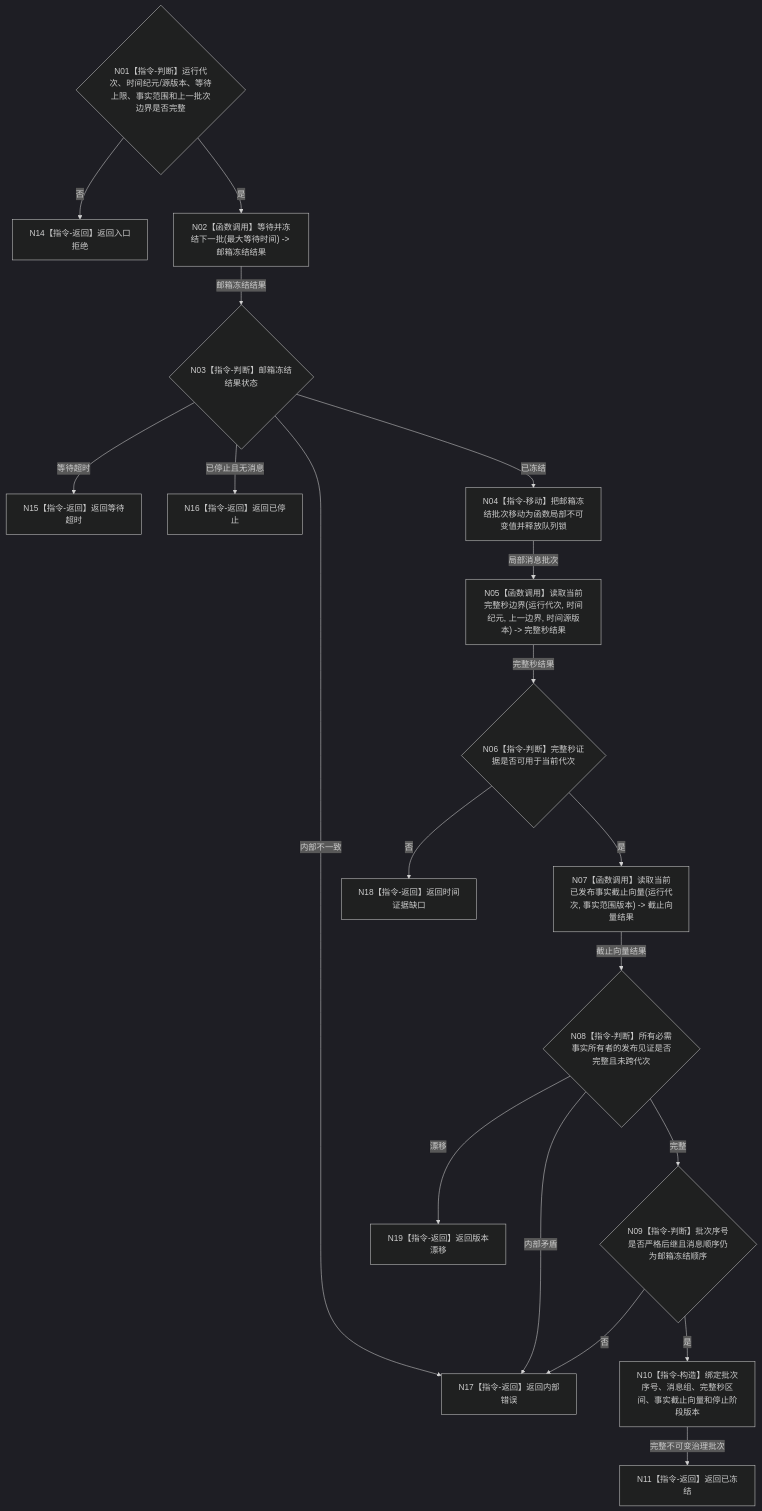
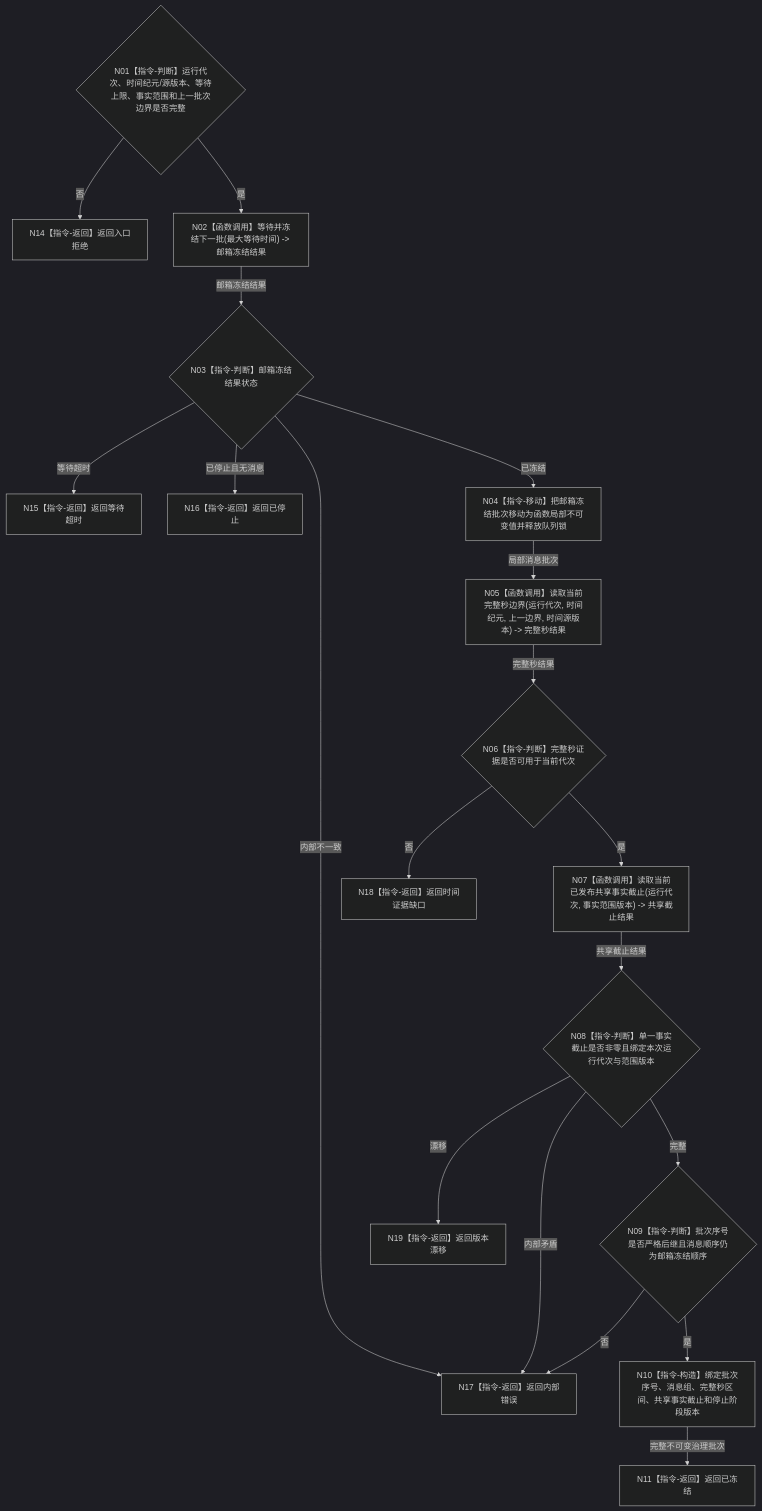
Before and after one commit to chunhaizh-cyber/HY-Ego: the diagram in 流程图/目标业务流程图/L2/BIZ-L2-002-01_冻结当前治理批次_目标函数流程图_v0.1.md, drawn with Mermaid (dark theme). The commit also changed other lines of this file and 19 other files, not shown here.

````diff
--- a/流程图/目标业务流程图/L2/BIZ-L2-002-01_冻结当前治理批次_目标函数流程图_v0.1.md
+++ b/流程图/目标业务流程图/L2/BIZ-L2-002-01_冻结当前治理批次_目标函数流程图_v0.1.md
@@ -33,21 +33,21 @@
 ```mermaid
 flowchart TD
     N01{"N01【指令-判断】运行代次、时间纪元/源版本、等待上限、事实范围和上一批次边界是否完整"} -->|否| N14["N14【指令-返回】返回入口拒绝"]
     N01 -->|是| N02["N02【函数调用】等待并冻结下一批(最大等待时间) -> 邮箱冻结结果"]
     N02 -->|邮箱冻结结果| N03{"N03【指令-判断】邮箱冻结结果状态"}
     N03 -->|等待超时| N15["N15【指令-返回】返回等待超时"]
     N03 -->|已停止且无消息| N16["N16【指令-返回】返回已停止"]
     N03 -->|内部不一致| N17["N17【指令-返回】返回内部错误"]
     N03 -->|已冻结| N04["N04【指令-移动】把邮箱冻结批次移动为函数局部不可变值并释放队列锁"]
     N04 -->|局部消息批次| N05["N05【函数调用】读取当前完整秒边界(运行代次, 时间纪元, 上一边界, 时间源版本) -> 完整秒结果"]
     N05 -->|完整秒结果| N06{"N06【指令-判断】完整秒证据是否可用于当前代次"}
     N06 -->|否| N18["N18【指令-返回】返回时间证据缺口"]
-    N06 -->|是| N07["N07【函数调用】读取当前已发布事实截止向量(运行代次, 事实范围版本) -> 截止向量结果"]
-    N07 -->|截止向量结果| N08{"N08【指令-判断】所有必需事实所有者的发布见证是否完整且未跨代次"}
+    N06 -->|是| N07["N07【函数调用】读取当前已发布共享事实截止(运行代次, 事实范围版本) -> 共享截止结果"]
+    N07 -->|共享截止结果| N08{"N08【指令-判断】单一事实截止是否非零且绑定本次运行代次与范围版本"}
     N08 -->|漂移| N19["N19【指令-返回】返回版本漂移"]
     N08 -->|内部矛盾| N17
     N08 -->|完整| N09{"N09【指令-判断】批次序号是否严格后继且消息顺序仍为邮箱冻结顺序"}
     N09 -->|否| N17
-    N09 -->|是| N10["N10【指令-构造】绑定批次序号、消息组、完整秒区间、事实截止向量和停止阶段版本"]
+    N09 -->|是| N10["N10【指令-构造】绑定批次序号、消息组、完整秒区间、共享事实截止和停止阶段版本"]
     N10 -->|完整不可变治理批次| N11["N11【指令-返回】返回已冻结"]
 ```
````
